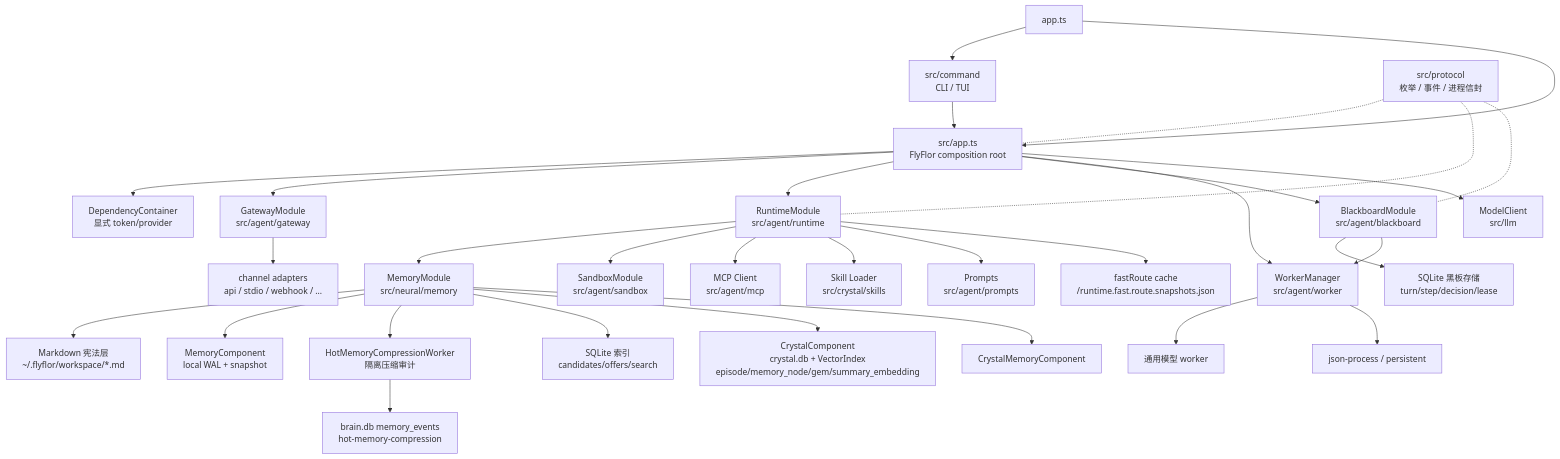
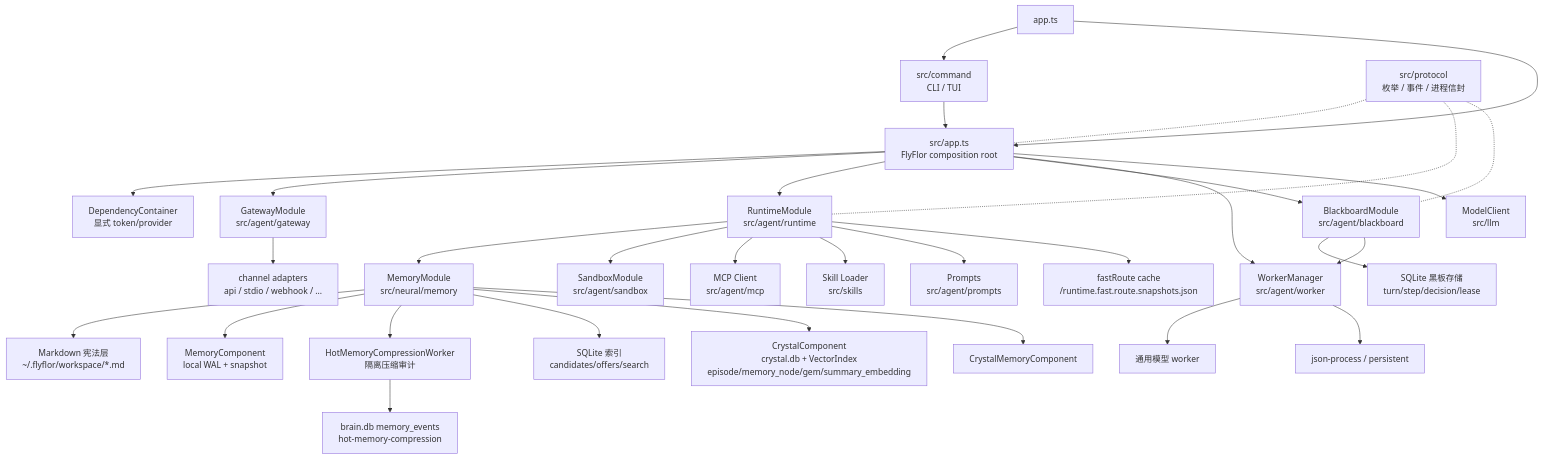
Before and after one commit to flyflor/flyflor: the first of 3 diagrams in docs/architecture.md, drawn with Mermaid. The commit also changed other lines of this file and 150 other files, not shown here.

Commit message:
Align component architecture and context memory flows

````diff
--- a/docs/architecture.md
+++ b/docs/architecture.md
@@ -29,39 +29,39 @@
 ```mermaid
 flowchart TB
     Entry["app.ts"] --> Command["src/command<br/>CLI / TUI"]
     Entry --> AppRoot["src/app.ts<br/>FlyFlor composition root"]
     Command --> AppRoot
     AppRoot --> Container["DependencyContainer<br/>显式 token/provider"]
 
     AppRoot --> Gateway["GatewayModule<br/>src/agent/gateway"]
     AppRoot --> Runtime["RuntimeModule<br/>src/agent/runtime"]
     AppRoot --> Blackboard["BlackboardModule<br/>src/agent/blackboard"]
     AppRoot --> Workers["WorkerManager<br/>src/agent/worker"]
     AppRoot --> Model["ModelClient<br/>src/llm"]
 
     Runtime --> Memory["MemoryModule<br/>src/neural/memory"]
     Runtime --> Sandbox["SandboxModule<br/>src/agent/sandbox"]
     Runtime --> MCP["MCP Client<br/>src/agent/mcp"]
-    Runtime --> Skills["Skill Loader<br/>src/crystal/skills"]
+    Runtime --> Skills["Skill Loader<br/>src/skills"]
     Runtime --> Prompts["Prompts<br/>src/agent/prompts"]
     Runtime --> FastRouteCache["fastRoute cache<br/><cacheDir>/runtime.fast.route.snapshots.json"]
 
     Memory --> Markdown["Markdown 宪法层<br/>~/.flyflor/workspace/*.md"]
     Memory --> Working["MemoryComponent<br/>local WAL + snapshot"]
     Memory --> HotCompression["HotMemoryCompressionWorker<br/>隔离压缩审计"]
     Memory --> SQLite["SQLite 索引<br/>candidates/offers/search"]
     Memory --> Graph["CrystalComponent<br/>crystal.db + VectorIndex<br/>episode/memory_node/gem/summary_embedding"]
     Memory --> Crystal["CrystalMemoryComponent"]
     HotCompression --> SQLiteBrain["brain.db memory_events<br/>hot-memory-compression"]
 
     Blackboard --> BlackboardSqlite["SQLite 黑板存储<br/>turn/step/decision/lease"]
     Blackboard --> Workers
     Workers --> ModelWorker["通用模型 worker"]
     Workers --> JsonProcess["json-process / persistent"]
 
     Gateway --> Channels["channel adapters<br/>api / stdio / webhook / ..."]
 
     Protocol["src/protocol<br/>枚举 / 事件 / 进程信封"] -.- AppRoot
     Protocol -.- Runtime
     Protocol -.- Blackboard
 ```
````
